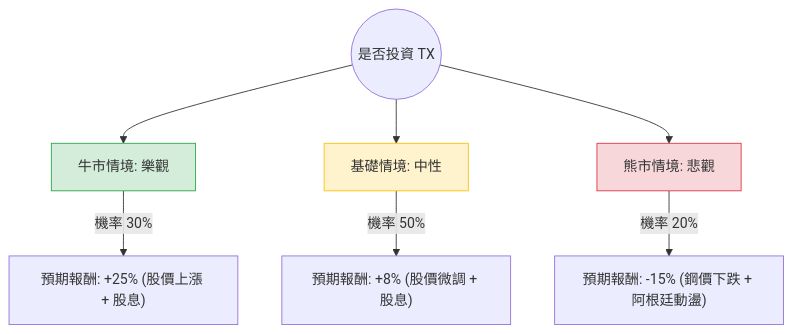
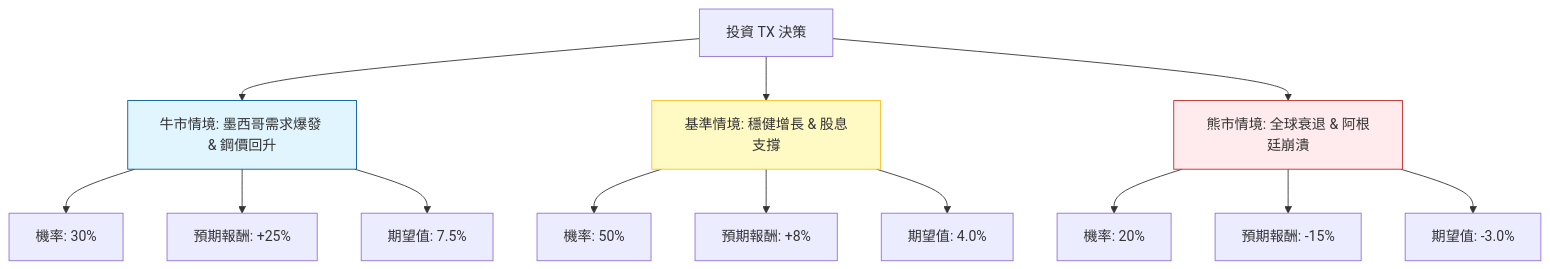
One commit to zmcx16/zmcx16.github.io changed the diagram in plugin-react/ai-analysis/ev-analysis/TX.md. Above: the diagram before and after it, drawn with Mermaid. The commit also changed other lines of this file and 85 other files, not shown here.

````diff
--- a/plugin-react/ai-analysis/ev-analysis/TX.md
+++ b/plugin-react/ai-analysis/ev-analysis/TX.md
@@ -23,14 +20,22 @@
 ```mermaid
 graph TD
-    Start((是否投資 TX)) --> Bull[牛市情境: 樂觀]
-    Start --> Base[基礎情境: 中性]
-    Start --> Bear[熊市情境: 悲觀]
+    Start[投資 TX 決策] --> Bull[牛市情境: 墨西哥需求爆發 & 鋼價回升]
+    Start --> Base[基準情境: 穩健增長 & 股息支撐]
+    Start --> Bear[熊市情境: 全球衰退 & 阿根廷崩潰]
 
-    Bull -- "機率 30%" --> BullVal["預期報酬: +25% (股價上漲 + 股息)"]
-    Base -- "機率 50%" --> BaseVal["預期報酬: +8% (股價微調 + 股息)"]
-    Bear -- "機率 20%" --> BearVal["預期報酬: -15% (鋼價下跌 + 阿根廷動盪)"]
+    Bull --> Bull_Prob[機率: 30%]
+    Bull --> Bull_Ret[預期報酬: +25%]
+    Bull --> Bull_EV[期望值: 7.5%]
 
-    style Bull fill:#d4edda,stroke:#28a745
-    style Base fill:#fff3cd,stroke:#ffc107
-    style Bear fill:#f8d7da,stroke:#dc3545
+    Base --> Base_Prob[機率: 50%]
+    Base --> Base_Ret[預期報酬: +8%]
+    Base --> Base_EV[期望值: 4.0%]
+
+    Bear --> Bear_Prob[機率: 20%]
+    Bear --> Bear_Ret[預期報酬: -15%]
+    Bear --> Bear_EV[期望值: -3.0%]
+
+    style Bull fill:#e1f5fe,stroke:#01579b
+    style Base fill:#fff9c4,stroke:#fbc02d
+    style Bear fill:#ffebee,stroke:#c62828
 ```
````
